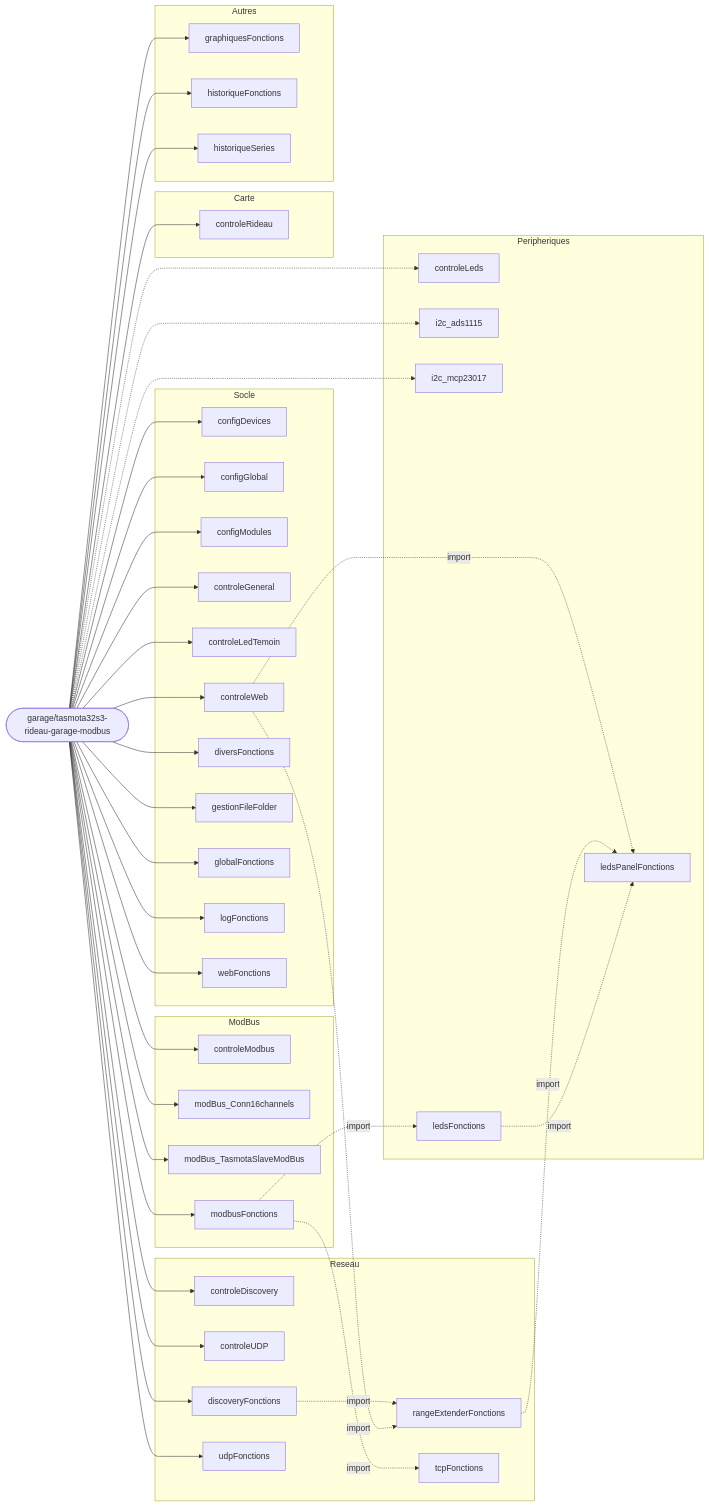
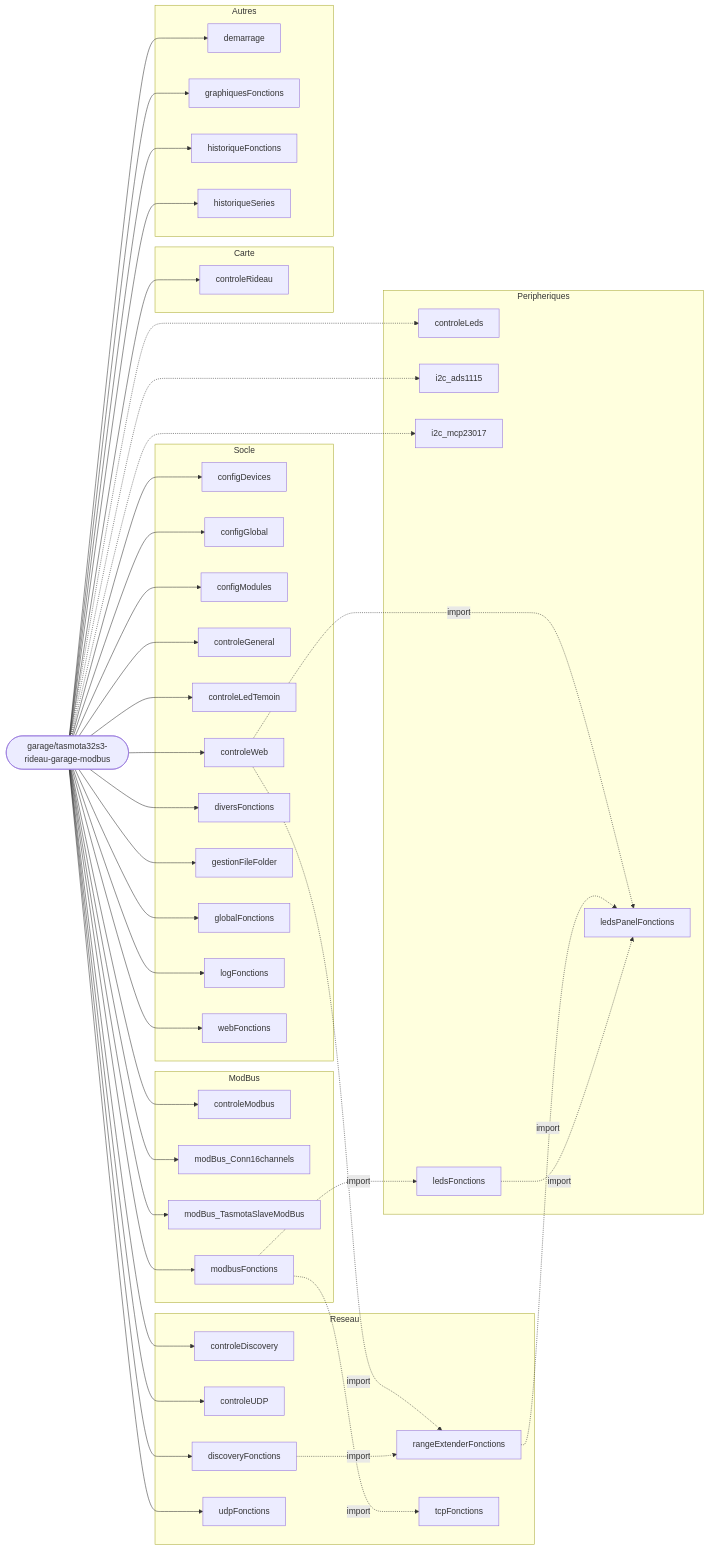
The seventh of 8 diagrams in outils_docs/CARTE_MODULES_BERRY.md (fdaubercy/Tasmota), drawn with Mermaid before and after one commit. The commit also changed other lines of this file and 18 other files, not shown here.

````diff
--- a/outils_docs/CARTE_MODULES_BERRY.md
+++ b/outils_docs/CARTE_MODULES_BERRY.md
@@ -578,79 +599,81 @@
 ```mermaid
 flowchart LR
     CARTE(["garage/tasmota32s3-rideau-garage-modbus"])
     subgraph g_Socle["Socle"]
         m_configDevices["configDevices"]
         m_configGlobal["configGlobal"]
         m_configModules["configModules"]
         m_controleGeneral["controleGeneral"]
         m_controleLedTemoin["controleLedTemoin"]
         m_controleWeb["controleWeb"]
         m_diversFonctions["diversFonctions"]
         m_gestionFileFolder["gestionFileFolder"]
         m_globalFonctions["globalFonctions"]
         m_logFonctions["logFonctions"]
         m_webFonctions["webFonctions"]
     end
     subgraph g_Reseau["Reseau"]
         m_controleDiscovery["controleDiscovery"]
         m_controleUDP["controleUDP"]
         m_discoveryFonctions["discoveryFonctions"]
         m_rangeExtenderFonctions["rangeExtenderFonctions"]
         m_tcpFonctions["tcpFonctions"]
         m_udpFonctions["udpFonctions"]
     end
     subgraph g_ModBus["ModBus"]
         m_controleModbus["controleModbus"]
         m_modBus_Conn16channels["modBus_Conn16channels"]
         m_modBus_TasmotaSlaveModBus["modBus_TasmotaSlaveModBus"]
         m_modbusFonctions["modbusFonctions"]
     end
     subgraph g_Peripheriques["Peripheriques"]
         m_controleLeds["controleLeds"]
         m_i2c_ads1115["i2c_ads1115"]
         m_i2c_mcp23017["i2c_mcp23017"]
         m_ledsFonctions["ledsFonctions"]
         m_ledsPanelFonctions["ledsPanelFonctions"]
     end
     subgraph g_Carte["Carte"]
         m_controleRideau["controleRideau"]
     end
     subgraph g_Autres["Autres"]
+        m_demarrage["demarrage"]
         m_graphiquesFonctions["graphiquesFonctions"]
         m_historiqueFonctions["historiqueFonctions"]
         m_historiqueSeries["historiqueSeries"]
     end
     CARTE --> m_configDevices
     CARTE --> m_configGlobal
     CARTE --> m_configModules
     CARTE --> m_controleGeneral
     CARTE --> m_controleLedTemoin
     CARTE --> m_controleWeb
     CARTE --> m_diversFonctions
     CARTE --> m_gestionFileFolder
     CARTE --> m_globalFonctions
     CARTE --> m_logFonctions
     CARTE --> m_webFonctions
     CARTE --> m_controleDiscovery
     CARTE --> m_controleUDP
     CARTE --> m_discoveryFonctions
+    m_controleWeb -.->|import| m_rangeExtenderFonctions
     m_discoveryFonctions -.->|import| m_rangeExtenderFonctions
-    m_controleWeb -.->|import| m_rangeExtenderFonctions
     m_modbusFonctions -.->|import| m_tcpFonctions
     CARTE --> m_udpFonctions
     CARTE --> m_controleModbus
     CARTE --> m_modBus_Conn16channels
     CARTE --> m_modBus_TasmotaSlaveModBus
     CARTE --> m_modbusFonctions
     CARTE -.-> m_controleLeds
     CARTE -.-> m_i2c_ads1115
     CARTE -.-> m_i2c_mcp23017
     m_modbusFonctions -.->|import| m_ledsFonctions
     m_controleWeb -.->|import| m_ledsPanelFonctions
     m_rangeExtenderFonctions -.->|import| m_ledsPanelFonctions
     m_ledsFonctions -.->|import| m_ledsPanelFonctions
     CARTE --> m_controleRideau
+    CARTE --> m_demarrage
     CARTE --> m_graphiquesFonctions
     CARTE --> m_historiqueFonctions
     CARTE --> m_historiqueSeries
 ```
````
